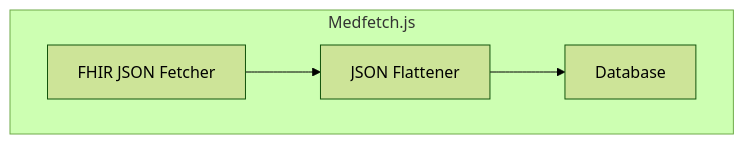
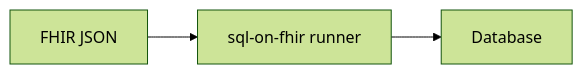
The first of 3 diagrams in medfetch/docs/app/page.mdx (nestorhealth/medfetch.js), drawn with Mermaid (forest theme) before and after one commit. The commit also changed other lines of this file and 17 other files, not shown here.

````diff
--- a/medfetch/docs/app/page.mdx
+++ b/medfetch/docs/app/page.mdx
@@ -12,7 +21,4 @@
 ```mermaid
 flowchart LR
-    subgraph MEDFETCH [Medfetch.js]
-        direction LR
-        A[FHIR JSON Fetcher] --> B[JSON Flattener] --> C[Database]
-    end
+    A[FHIR JSON] --> B[sql-on-fhir runner] --> C[Database]
 ```
````
